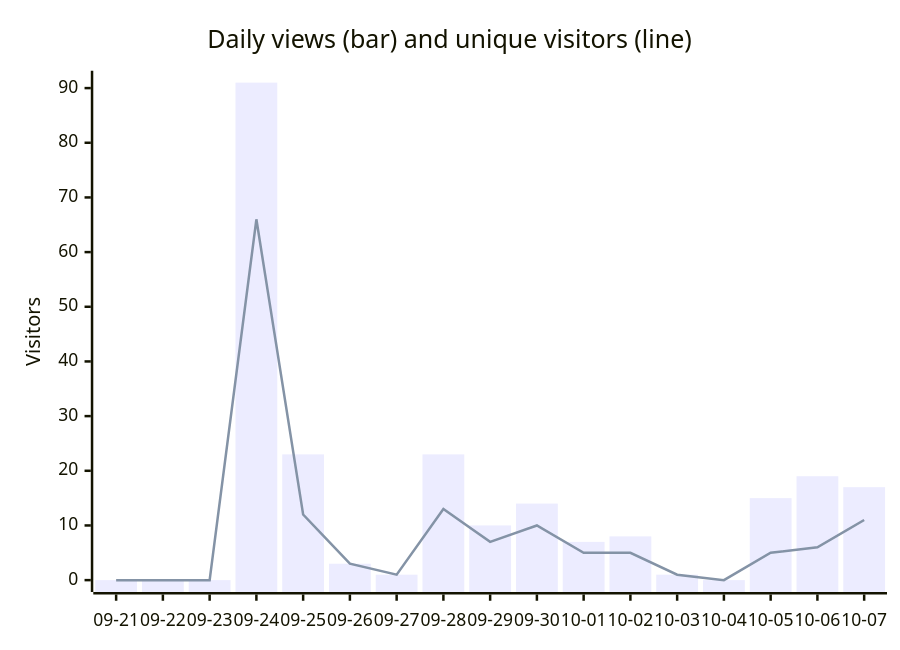
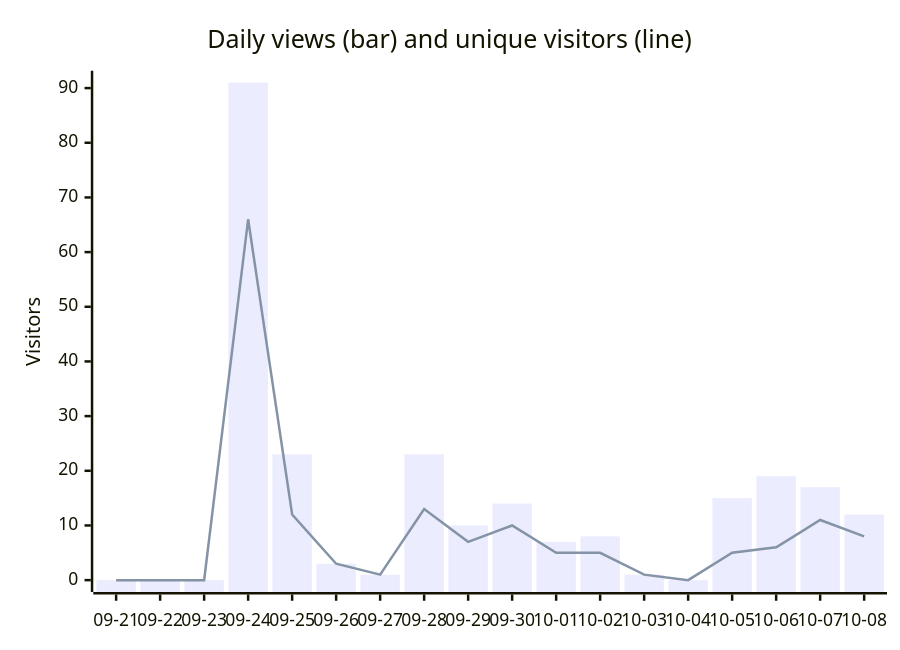
Before and after one commit to babson44/azure-vm-modernization-toolkit: the first of 2 diagrams in metrics/DASHBOARD.md, drawn with Mermaid. The commit also changed other lines of this file and 2 other files, not shown here.

````diff
--- a/metrics/DASHBOARD.md
+++ b/metrics/DASHBOARD.md
@@ -18,8 +18,8 @@
 ```mermaid
 xychart-beta
     title "Daily views (bar) and unique visitors (line)"
-    x-axis [09-21, 09-22, 09-23, 09-24, 09-25, 09-26, 09-27, 09-28, 09-29, 09-30, 10-01, 10-02, 10-03, 10-04, 10-05, 10-06, 10-07]
+    x-axis [09-21, 09-22, 09-23, 09-24, 09-25, 09-26, 09-27, 09-28, 09-29, 09-30, 10-01, 10-02, 10-03, 10-04, 10-05, 10-06, 10-07, 10-08]
     y-axis "Visitors" 0 --> 91
-    bar [0, 0, 0, 91, 23, 3, 1, 23, 10, 14, 7, 8, 1, 0, 15, 19, 17]
-    line [0, 0, 0, 66, 12, 3, 1, 13, 7, 10, 5, 5, 1, 0, 5, 6, 11]
+    bar [0, 0, 0, 91, 23, 3, 1, 23, 10, 14, 7, 8, 1, 0, 15, 19, 17, 12]
+    line [0, 0, 0, 66, 12, 3, 1, 13, 7, 10, 5, 5, 1, 0, 5, 6, 11, 8]
 ```
````
